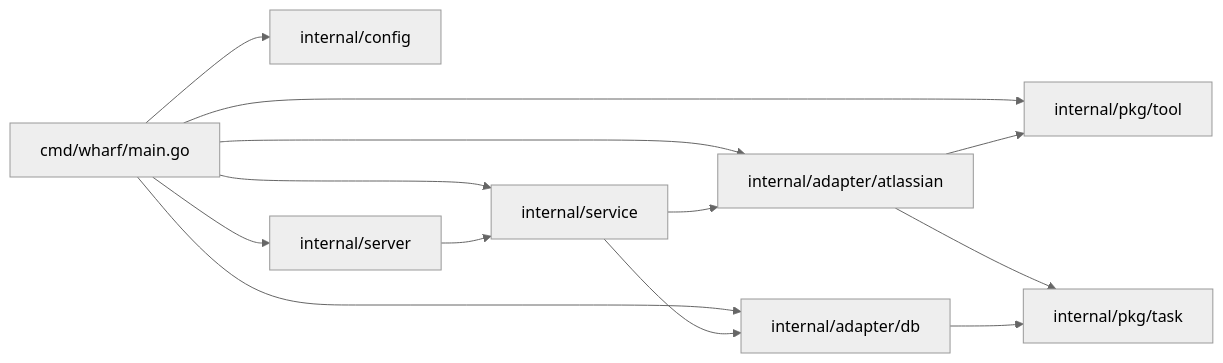
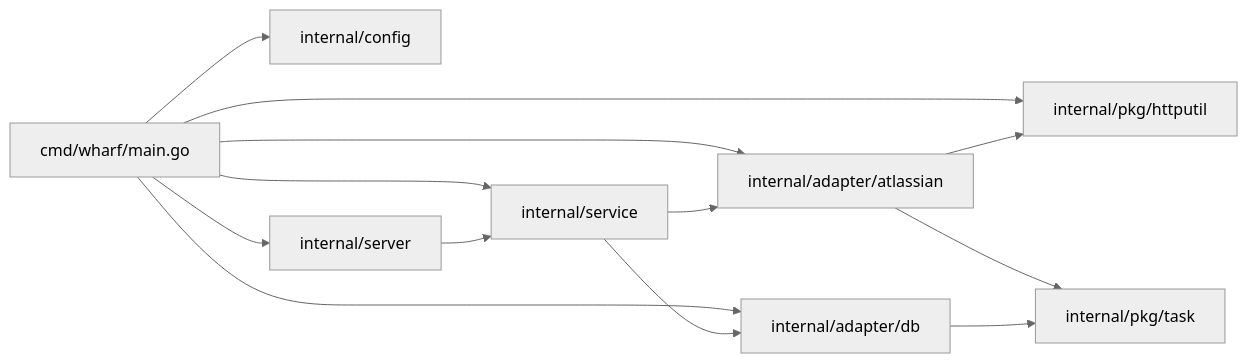
One commit to byron1st/wharf changed the diagram in docs/agents/research/server-service-structure.md. Above: the diagram before and after it, drawn with Mermaid (neutral theme). The commit also changed other lines of this file and 28 other files, not shown here.

````diff
--- a/docs/agents/research/server-service-structure.md
+++ b/docs/agents/research/server-service-structure.md
@@ -11,15 +11,15 @@
 ```mermaid
 flowchart LR
     main[cmd/wharf/main.go] --> config[internal/config]
     main --> server[internal/server]
     main --> service[internal/service]
     main --> atlassian[internal/adapter/atlassian]
     main --> db[internal/adapter/db]
-    main --> tool[internal/pkg/tool]
+    main --> httputil[internal/pkg/httputil]
     server --> service
     service --> atlassian
     service --> db
-    atlassian --> tool
+    atlassian --> httputil
     atlassian --> task[internal/pkg/task]
     db --> task
 ```
````
